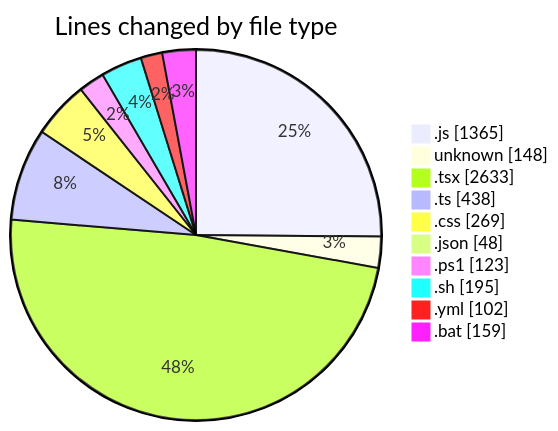
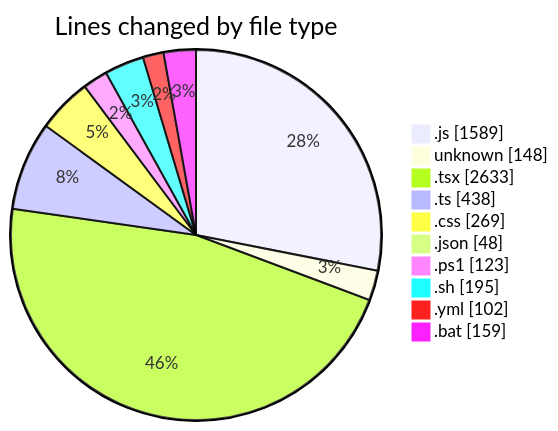
The first of 2 diagrams in 2025-08-06/napxuvn/README.md (lephambinh05/code-tracking), drawn with Mermaid before and after one commit. The commit also changed other lines of this file and 1 other file, not shown here.

````diff
--- a/2025-08-06/napxuvn/README.md
+++ b/2025-08-06/napxuvn/README.md
@@ -78,14 +78,14 @@
 ```mermaid
 pie showData
 title Lines changed by file type
-".js" : 1365
+".js" : 1589
 "unknown" : 148
 ".tsx" : 2633
 ".ts" : 438
 ".css" : 269
 ".json" : 48
 ".ps1" : 123
 ".sh" : 195
 ".yml" : 102
 ".bat" : 159
 ```
````
